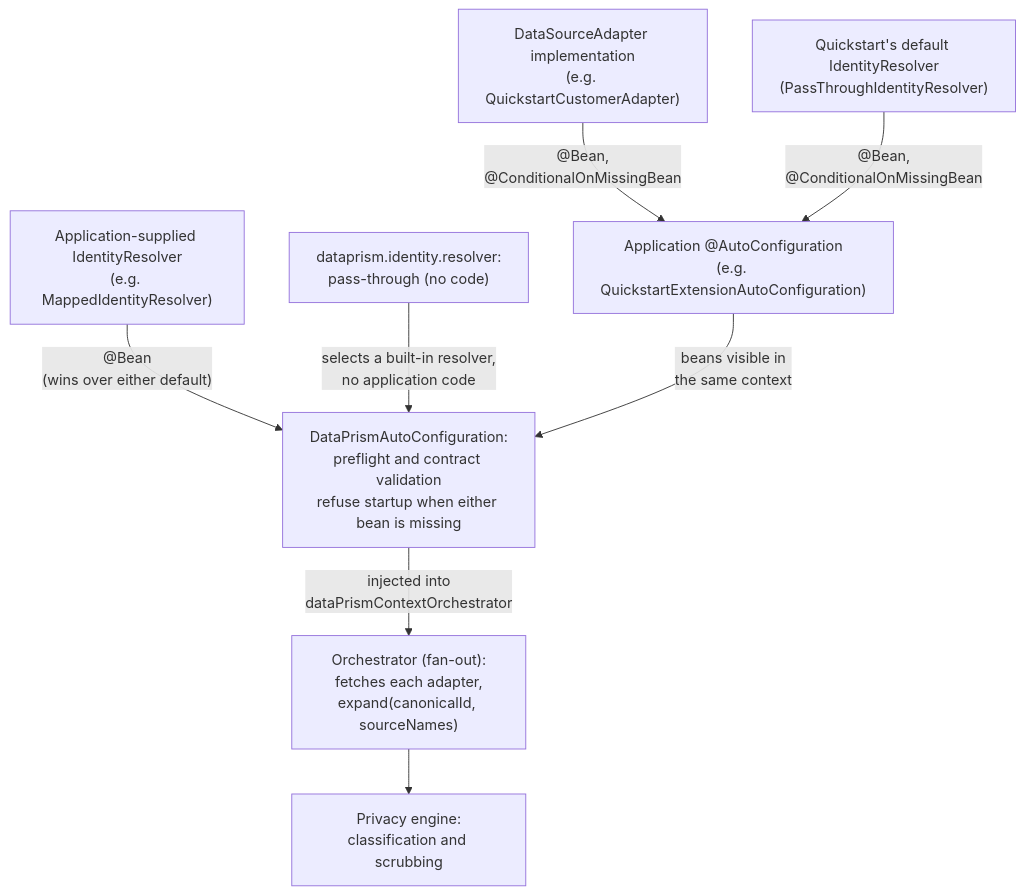
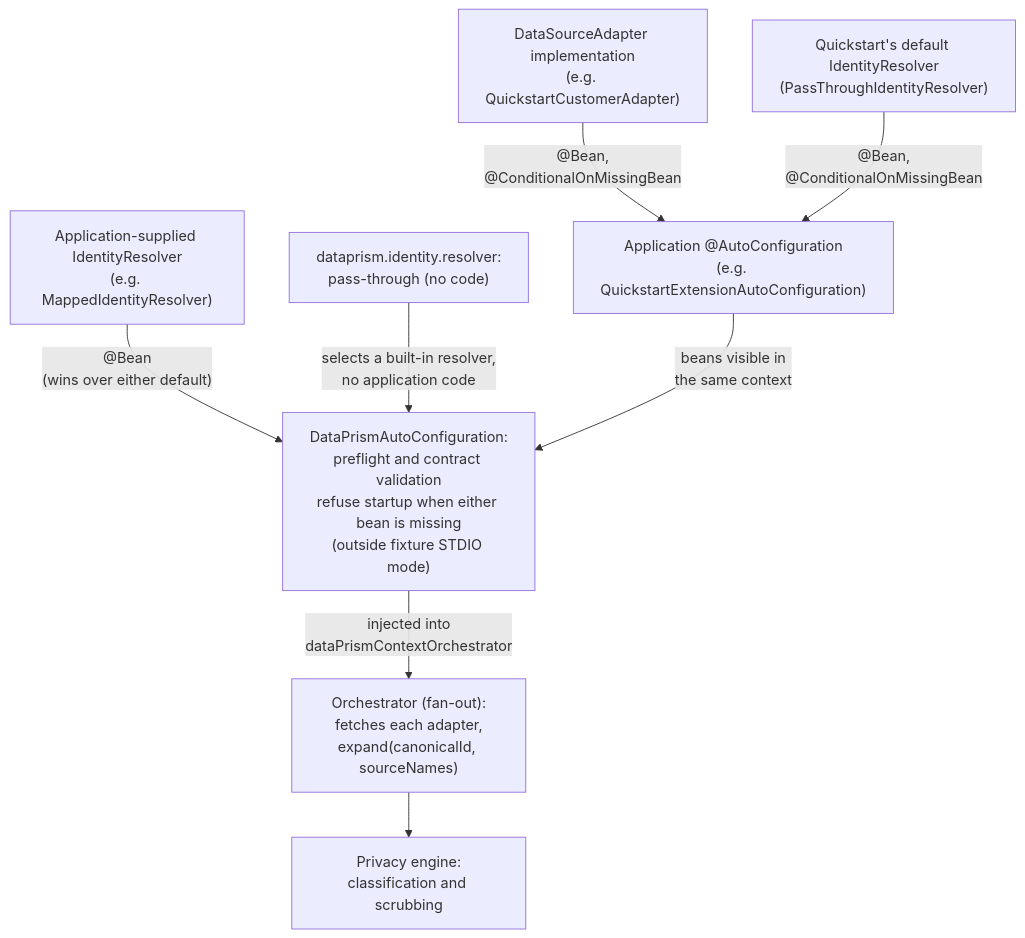
One commit to AindriuB/data-prism changed the diagram in docs-site/diagrams/extension-points.mmd. Above: the diagram before and after it, drawn with Mermaid. The commit also changed 5 other files, not shown here.

```diff
--- a/docs-site/diagrams/extension-points.mmd
+++ b/docs-site/diagrams/extension-points.mmd
@@ -1,17 +1,17 @@
 flowchart TB
     Adapter["DataSourceAdapter implementation\n(e.g. QuickstartCustomerAdapter)"]
     QuickstartDefault["Quickstart's default IdentityResolver\n(PassThroughIdentityResolver)"]
     AppResolver["Application-supplied IdentityResolver\n(e.g. MappedIdentityResolver)"]
     PassThroughProperty["dataprism.identity.resolver:\npass-through (no code)"]
     AutoConfig["Application @AutoConfiguration\n(e.g. QuickstartExtensionAutoConfiguration)"]
-    DataPrismConfig["DataPrismAutoConfiguration:\npreflight and contract validation\nrefuse startup when either bean is missing"]
+    DataPrismConfig["DataPrismAutoConfiguration:\npreflight and contract validation\nrefuse startup when either bean is missing\n(outside fixture STDIO mode)"]
     Orchestrator["Orchestrator (fan-out):\nfetches each adapter,\nexpand(canonicalId, sourceNames)"]
     Engine["Privacy engine:\nclassification and scrubbing"]
 
     Adapter -->|"@Bean,\n@ConditionalOnMissingBean"| AutoConfig
     QuickstartDefault -->|"@Bean,\n@ConditionalOnMissingBean"| AutoConfig
     AppResolver -->|"@Bean\n(wins over either default)"| DataPrismConfig
     PassThroughProperty -->|"selects a built-in resolver,\nno application code"| DataPrismConfig
     AutoConfig -->|"beans visible in\nthe same context"| DataPrismConfig
     DataPrismConfig -->|"injected into\ndataPrismContextOrchestrator"| Orchestrator
     Orchestrator --> Engine
```
